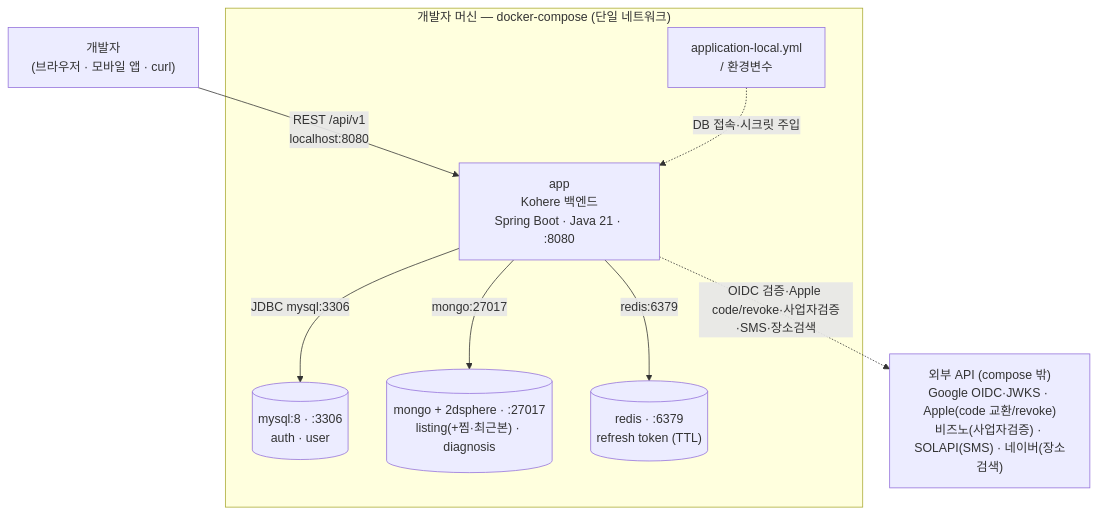
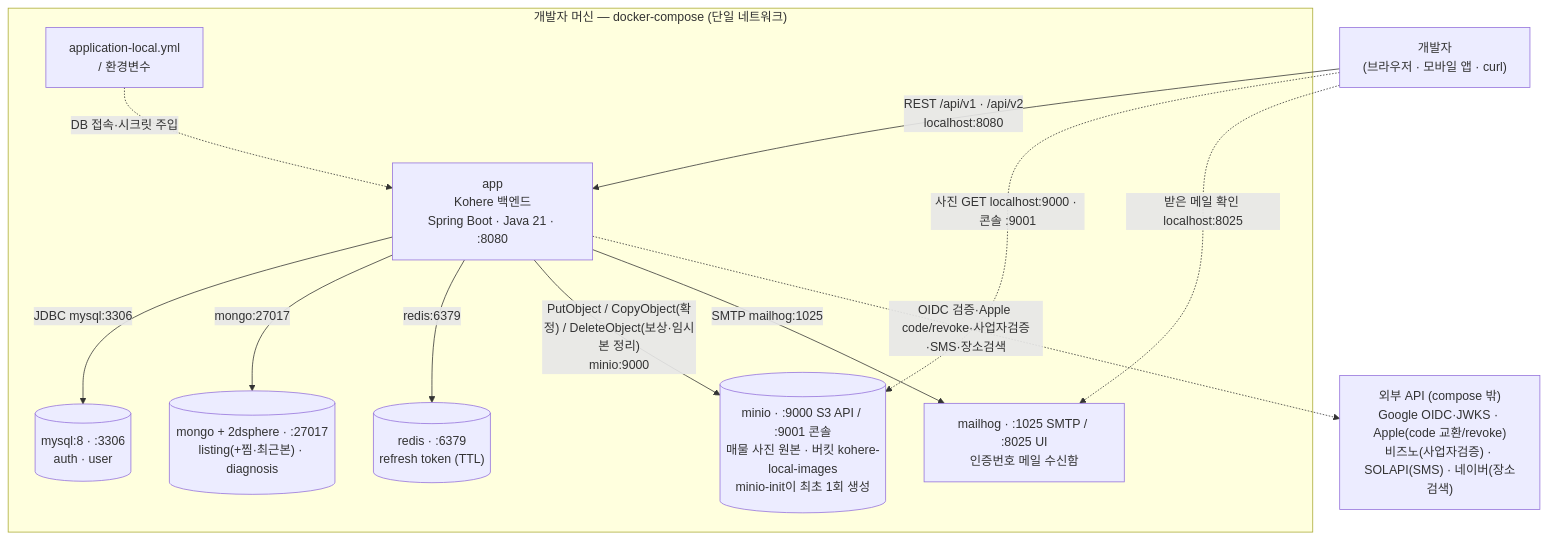
One commit to jameskim9509/Kohere-backend changed the third of 5 diagrams in docs/architecture/system-overview.md. Above: the diagram before and after it, drawn with Mermaid. The commit also changed other lines of this file and 210 other files, not shown here.

````diff
--- a/docs/architecture/system-overview.md
+++ b/docs/architecture/system-overview.md
@@ -150,21 +153,27 @@
 ```mermaid
 flowchart TB
     DEV["개발자<br/>(브라우저 · 모바일 앱 · curl)"]
 
     subgraph Host["개발자 머신 — docker-compose (단일 네트워크)"]
       APP["app<br/>Kohere 백엔드<br/>Spring Boot · Java 21 · :8080"]
       CFG["application-local.yml<br/>/ 환경변수"]
       MYSQL[("mysql:8 · :3306<br/>auth · user")]
       MONGO[("mongo + 2dsphere · :27017<br/>listing(+찜·최근본) · diagnosis")]
       REDIS[("redis · :6379<br/>refresh token (TTL)")]
+      MINIO[("minio · :9000 S3 API / :9001 콘솔<br/>매물 사진 원본 · 버킷 kohere-local-images<br/>minio-init이 최초 1회 생성")]
+      MAILHOG["mailhog · :1025 SMTP / :8025 UI<br/>인증번호 메일 수신함"]
     end
 
     EXT["외부 API (compose 밖)<br/>Google OIDC·JWKS · Apple(code 교환/revoke)<br/>비즈노(사업자검증) · SOLAPI(SMS) · 네이버(장소검색)"]
 
-    DEV -- "REST /api/v1<br/>localhost:8080" --> APP
+    DEV -- "REST /api/v1 · /api/v2<br/>localhost:8080" --> APP
     CFG -. "DB 접속·시크릿 주입" .-> APP
     APP -- "JDBC  mysql:3306" --> MYSQL
     APP -- "mongo:27017" --> MONGO
     APP -- "redis:6379" --> REDIS
+    APP -- "PutObject / CopyObject(확정) / DeleteObject(보상·임시본 정리)<br/>minio:9000" --> MINIO
+    APP -- "SMTP  mailhog:1025" --> MAILHOG
+    DEV -. "사진 GET localhost:9000 · 콘솔 :9001" .-> MINIO
+    DEV -. "받은 메일 확인 localhost:8025" .-> MAILHOG
     APP -. "OIDC 검증·Apple code/revoke·사업자검증·SMS·장소검색" .-> EXT
 ```
````
